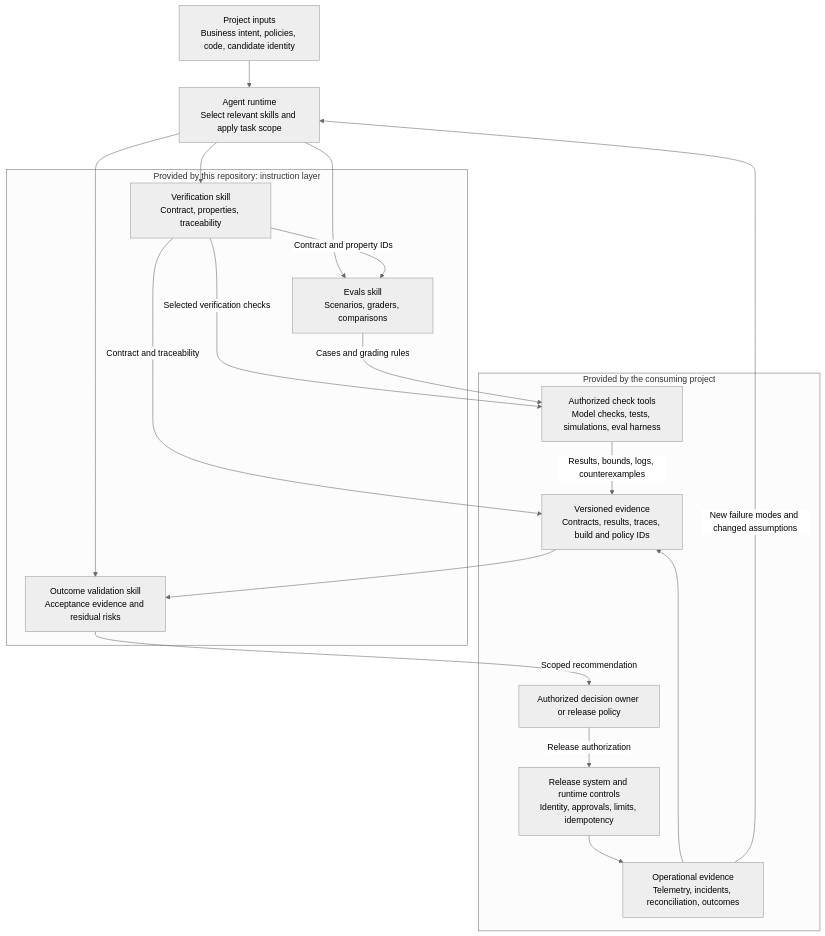
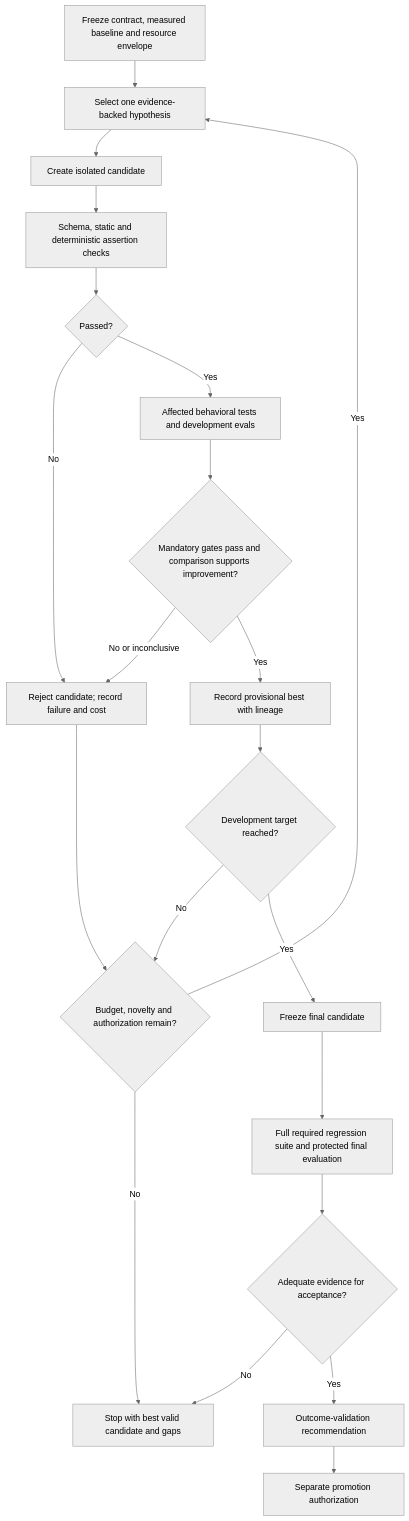
One commit to bijit-ghosh/Agent-Skills changed the fourth of 6 diagrams in README.md. Above: the diagram before and after it, drawn with Mermaid (neutral theme). The commit also changed other lines of this file, not shown here.

Commit message:
Refine assurance architecture, evaluation boundaries, context flow and recovery

````diff
--- a/README.md
+++ b/README.md
@@ -487,35 +285,23 @@
 ```mermaid
-flowchart TB
-    INPUT["Project inputs<br/>Business intent, policies, code, candidate identity"]
-    AGENT["Agent runtime<br/>Select relevant skills and apply task scope"]
-
-    subgraph SKILLS["Provided by this repository: instruction layer"]
-        V["Verification skill<br/>Contract, properties, traceability"]
-        E["Evals skill<br/>Scenarios, graders, comparisons"]
-        O["Outcome validation skill<br/>Acceptance evidence and residual risks"]
-    end
-
-    subgraph PROJECT["Provided by the consuming project"]
-        TOOLS["Authorized check tools<br/>Model checks, tests, simulations, eval harness"]
-        RECORDS["Versioned evidence<br/>Contracts, results, traces, build and policy IDs"]
-        OWNER["Authorized decision owner or release policy"]
-        RELEASE["Release system and runtime controls<br/>Identity, approvals, limits, idempotency"]
-        SIGNALS["Operational evidence<br/>Telemetry, incidents, reconciliation, outcomes"]
-    end
-
-    INPUT --> AGENT
-    AGENT --> V
-    AGENT --> E
-    AGENT --> O
-    V -->|"Contract and property IDs"| E
-    V -->|"Selected verification checks"| TOOLS
-    E -->|"Cases and grading rules"| TOOLS
-    V -->|"Contract and traceability"| RECORDS
-    TOOLS -->|"Results, bounds, logs, counterexamples"| RECORDS
-    RECORDS --> O
-    O -->|"Scoped recommendation"| OWNER
-    OWNER -->|"Release authorization"| RELEASE
-    RELEASE --> SIGNALS
-    SIGNALS --> RECORDS
-    SIGNALS -->|"New failure modes and changed assumptions"| AGENT
+flowchart TD
+    START["Freeze contract, measured baseline and resource envelope"] --> PROPOSE["Select one evidence-backed hypothesis"]
+    PROPOSE --> PATCH["Create isolated candidate"]
+    PATCH --> CHEAP["Schema, static and deterministic assertion checks"]
+    CHEAP --> G1{"Passed?"}
+    G1 -->|"No"| REJECT["Reject candidate; record failure and cost"]
+    G1 -->|"Yes"| DEV["Affected behavioral tests and development evals"]
+    DEV --> G2{"Mandatory gates pass and comparison supports improvement?"}
+    G2 -->|"No or inconclusive"| REJECT
+    G2 -->|"Yes"| BEST["Record provisional best with lineage"]
+    BEST --> TARGET{"Development target reached?"}
+    TARGET -->|"No"| LIMIT
+    REJECT --> LIMIT{"Budget, novelty and authorization remain?"}
+    LIMIT -->|"Yes"| PROPOSE
+    LIMIT -->|"No"| STOP["Stop with best valid candidate and gaps"]
+    TARGET -->|"Yes"| FREEZE["Freeze final candidate"]
+    FREEZE --> FULL["Full required regression suite and protected final evaluation"]
+    FULL --> G3{"Adequate evidence for acceptance?"}
+    G3 -->|"No"| STOP
+    G3 -->|"Yes"| OUTCOME["Outcome-validation recommendation"]
+    OUTCOME --> AUTH["Separate promotion authorization"]
 ```
````
